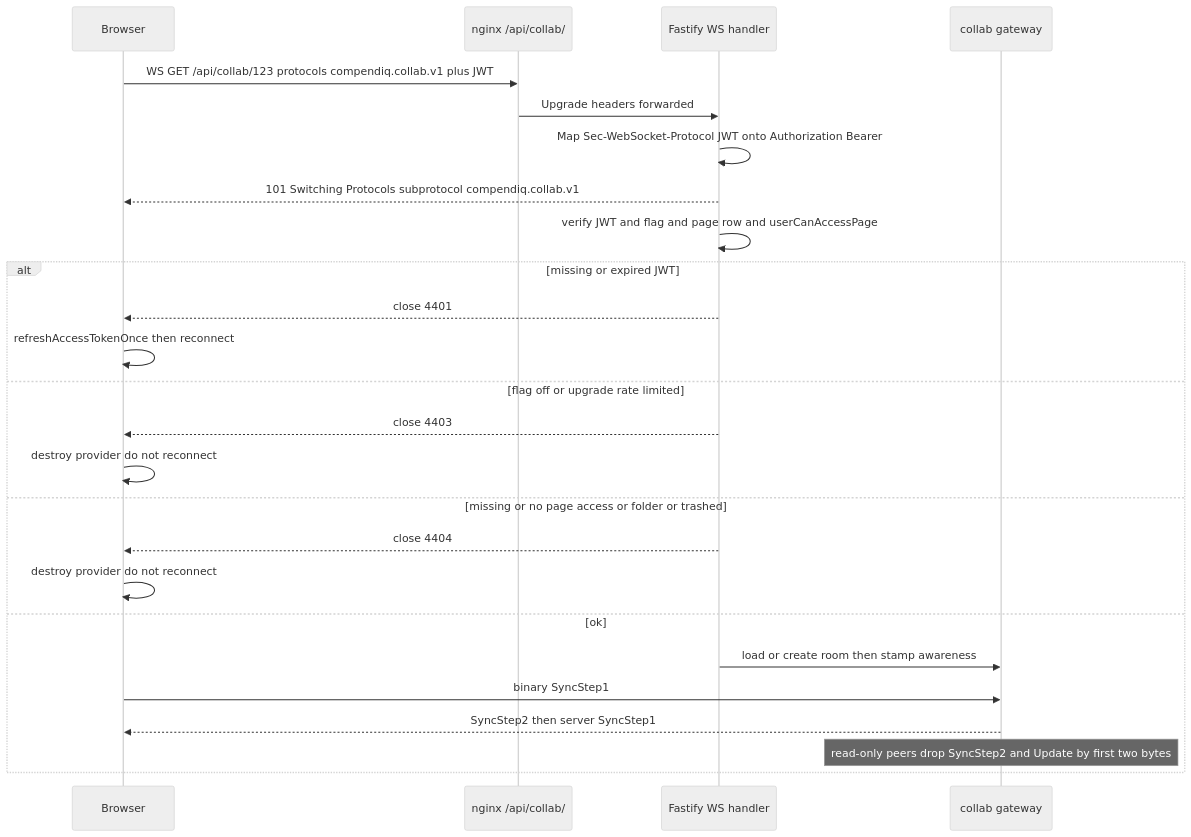
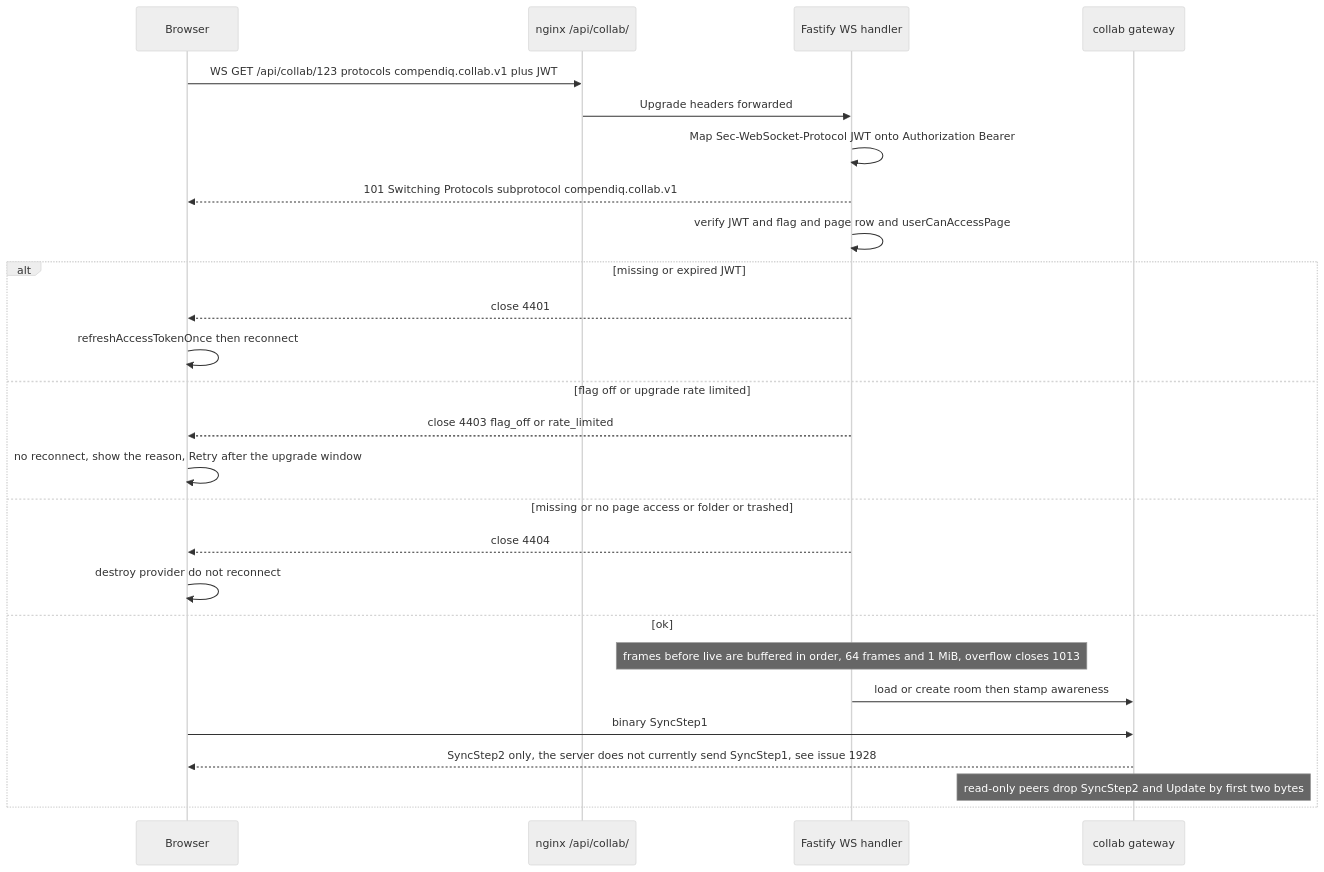
The second of 3 diagrams in docs/architecture/12-realtime-collaboration.md (Compendiq/compendiq-ce), drawn with Mermaid (neutral theme) before and after one commit. The commit also changed other lines of this file and 9 other files, not shown here.

First line of the commit message:
fix(collab): keep pre-live frames and show the real join refusal before sync (#1895)

````diff
--- a/docs/architecture/12-realtime-collaboration.md
+++ b/docs/architecture/12-realtime-collaboration.md
@@ -90,28 +90,29 @@
 ```mermaid
 sequenceDiagram
     participant B as Browser
     participant N as nginx /api/collab/
     participant F as Fastify WS handler
     participant G as collab gateway
 
     B->>N: WS GET /api/collab/123 protocols compendiq.collab.v1 plus JWT
     N->>F: Upgrade headers forwarded
     F->>F: Map Sec-WebSocket-Protocol JWT onto Authorization Bearer
     F-->>B: 101 Switching Protocols subprotocol compendiq.collab.v1
     F->>F: verify JWT and flag and page row and userCanAccessPage
     alt missing or expired JWT
         F-->>B: close 4401
         B->>B: refreshAccessTokenOnce then reconnect
     else flag off or upgrade rate limited
-        F-->>B: close 4403
-        B->>B: destroy provider do not reconnect
+        F-->>B: close 4403 flag_off or rate_limited
+        B->>B: no reconnect, show the reason, Retry after the upgrade window
     else missing or no page access or folder or trashed
         F-->>B: close 4404
         B->>B: destroy provider do not reconnect
     else ok
+        Note over F: frames before live are buffered in order, 64 frames and 1 MiB, overflow closes 1013
         F->>G: load or create room then stamp awareness
         B->>G: binary SyncStep1
-        G-->>B: SyncStep2 then server SyncStep1
+        G-->>B: SyncStep2 only, the server does not currently send SyncStep1, see issue 1928
         Note over G: read-only peers drop SyncStep2 and Update by first two bytes
     end
 ```
````
